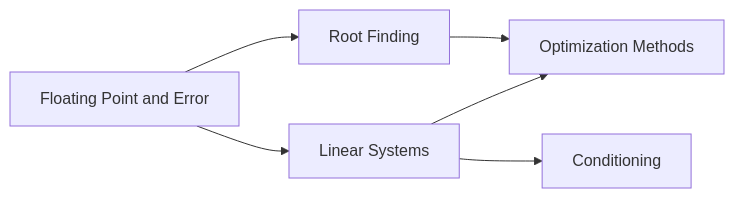
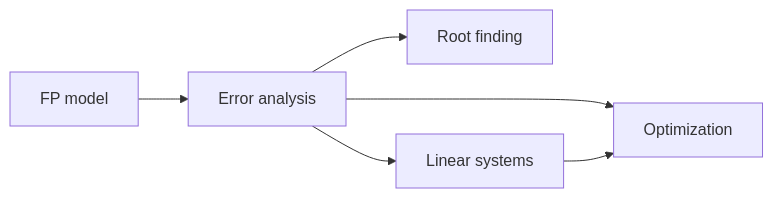
Before and after one commit to kanthi/books: the diagram in books/Maths/content/15-Numerical-Methods/00-intro.md, drawn with Mermaid. The commit also changed other lines of this file and 45 other files, not shown here.

````diff
--- a/books/Maths/content/15-Numerical-Methods/00-intro.md
+++ b/books/Maths/content/15-Numerical-Methods/00-intro.md
@@ -19,8 +25,8 @@
 ```mermaid
 flowchart LR
-  A[Floating Point and Error] --> B[Root Finding]
-  A --> C[Linear Systems]
-  C --> D[Conditioning]
-  B --> E[Optimization Methods]
-  C --> E
+  A[FP model] --> B[Error analysis]
+  B --> C[Root finding]
+  B --> D[Linear systems]
+  B --> E[Optimization]
+  D --> E
 ```
````
